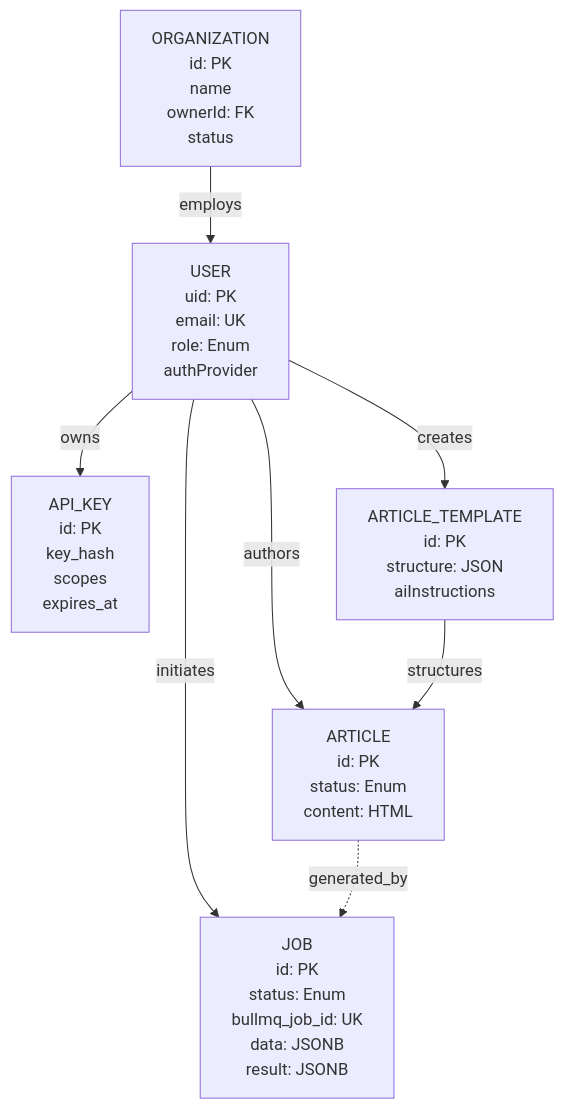
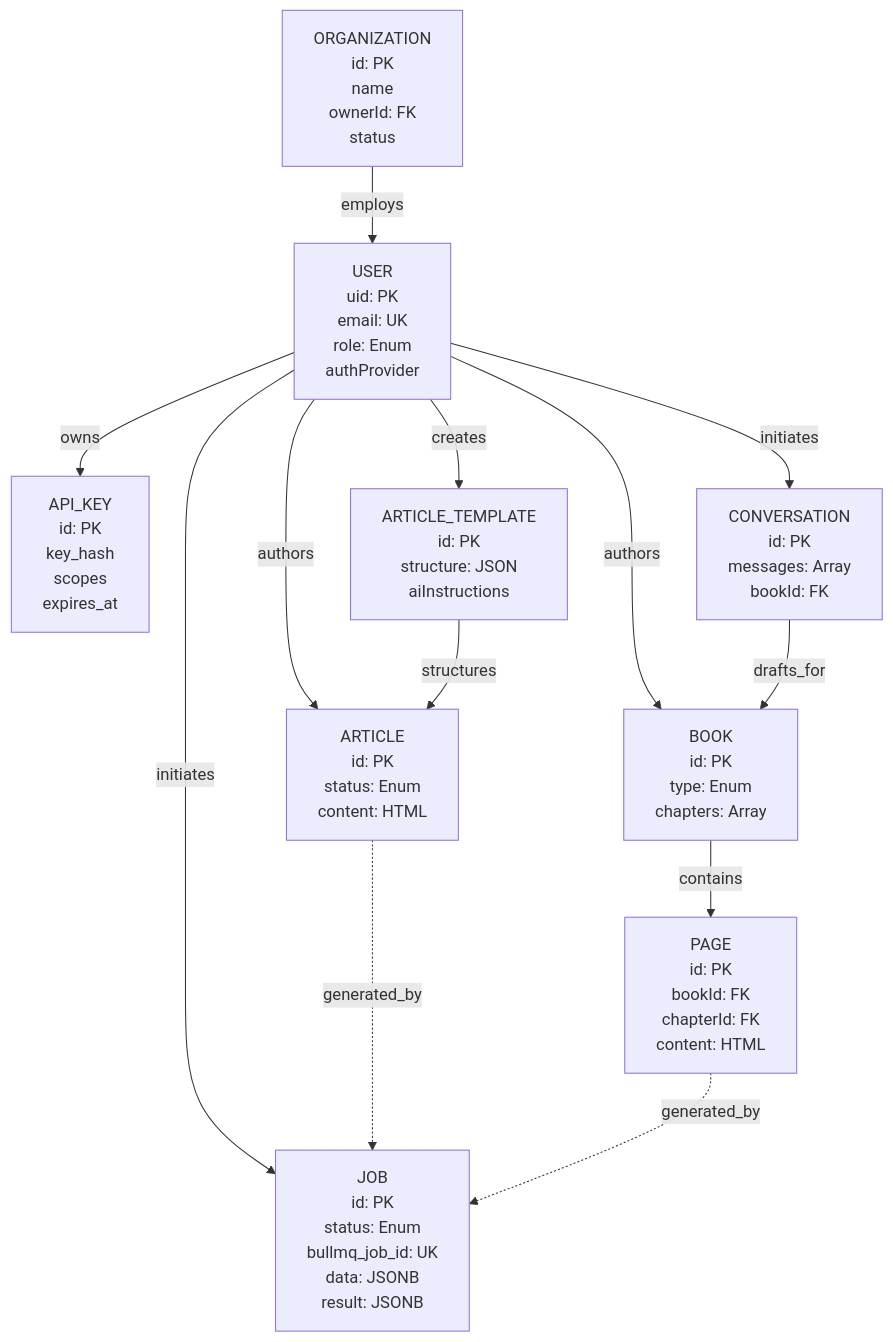
Before and after one commit to nischaysharma-me/nischaysharma-server: the first of 5 diagrams in docs/architecture/erd.md, drawn with Mermaid. The commit also changed 193 other files, not shown here.

````diff
--- a/docs/architecture/erd.md
+++ b/docs/architecture/erd.md
@@ -9,20 +9,29 @@
 ```mermaid
 flowchart TD
     %% Entities represented as nodes
     Organization[ORGANIZATION<br/>id: PK<br/>name<br/>ownerId: FK<br/>status]
     User[USER<br/>uid: PK<br/>email: UK<br/>role: Enum<br/>authProvider]
     ApiKey[API_KEY<br/>id: PK<br/>key_hash<br/>scopes<br/>expires_at]
     Template[ARTICLE_TEMPLATE<br/>id: PK<br/>structure: JSON<br/>aiInstructions]
     Article[ARTICLE<br/>id: PK<br/>status: Enum<br/>content: HTML]
+    Conversation[CONVERSATION<br/>id: PK<br/>messages: Array<br/>bookId: FK]
+    Book[BOOK<br/>id: PK<br/>type: Enum<br/>chapters: Array]
+    Page[PAGE<br/>id: PK<br/>bookId: FK<br/>chapterId: FK<br/>content: HTML]
     Job[JOB<br/>id: PK<br/>status: Enum<br/>bullmq_job_id: UK<br/>data: JSONB<br/>result: JSONB]
 
     %% Relationships
     Organization -->|employs| User
     User -->|authors| Article
     User -->|initiates| Job
     User -->|creates| Template
     User -->|owns| ApiKey
+    User -->|initiates| Conversation
+    User -->|authors| Book
     
+    Conversation -->|drafts_for| Book
+    Book -->|contains| Page
+
     Template -->|structures| Article
     Article -.->|generated_by| Job
+    Page -.->|generated_by| Job
 ```
````
